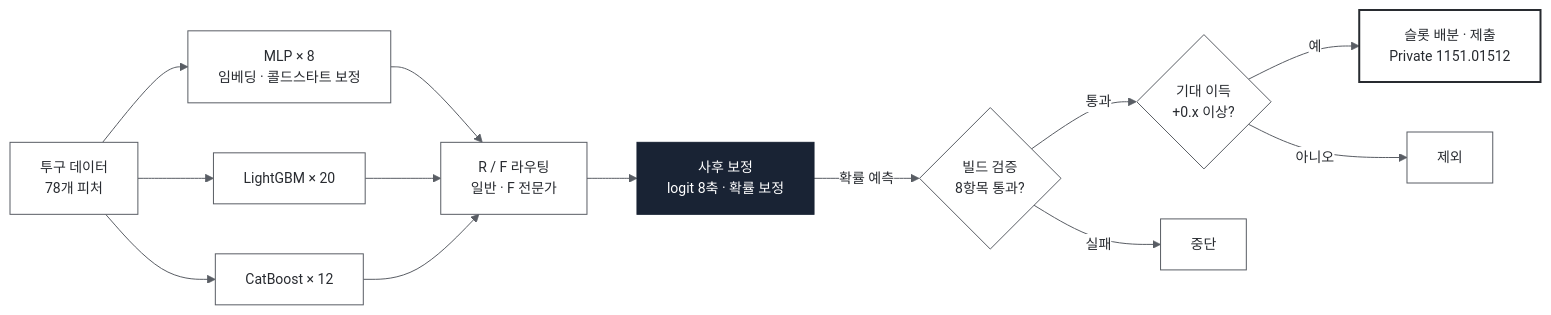
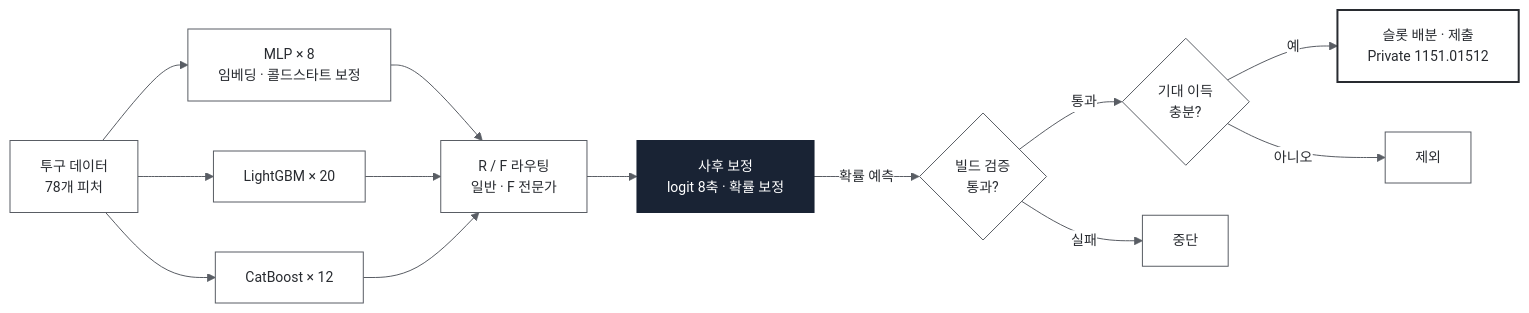
Before and after one commit to Jinx921/Portfolio: the third of 4 diagrams in README.md, drawn with Mermaid. The commit also changed other lines of this file, not shown here.

First line of the commit message:
Refine README intro, interests, and diagram labels

````diff
--- a/README.md
+++ b/README.md
@@ -113,15 +113,15 @@
 ```mermaid
 %%{init: {'theme':'base','themeVariables':{'fontFamily':'Pretendard, Inter, sans-serif','fontSize':'14px','primaryColor':'#FFFFFF','primaryTextColor':'#282B30','primaryBorderColor':'#595D64','lineColor':'#595D64','clusterBkg':'#F7F7F5','clusterBorder':'#D9DCE0','edgeLabelBackground':'#FFFFFF','titleColor':'#282B30'}}}%%
 flowchart LR
     X["투구 데이터<br/>78개 피처"] --> N["MLP × 8<br/>임베딩 · 콜드스타트 보정"] & L["LightGBM × 20"] & C["CatBoost × 12"]
     N & L & C --> RT["R / F 라우팅<br/>일반 · F 전문가"] --> PH["사후 보정<br/>logit 8축 · 확률 보정"]:::mine
-    PH -->|확률 예측| G1{"빌드 검증<br/>8항목 통과?"}
-    G1 -->|통과| G2{"기대 이득<br/>+0.x 이상?"}
+    PH -->|확률 예측| G1{"빌드 검증<br/>통과?"}
+    G1 -->|통과| G2{"기대 이득<br/>충분?"}
     G1 -->|실패| ST["중단"]
     G2 -->|예| SUB["슬롯 배분 · 제출<br/>Private 1151.01512"]:::out
     G2 -->|아니오| EX["제외"]
     classDef default fill:#FFFFFF,stroke:#595D64,color:#282B30
     classDef mine fill:#192334,stroke:#192334,color:#FFFFFF
     classDef data fill:#F7F7F5,stroke:#D9DCE0,color:#282B30
     classDef out fill:#FFFFFF,stroke:#282B30,stroke-width:2px,color:#282B30
 ```
````
